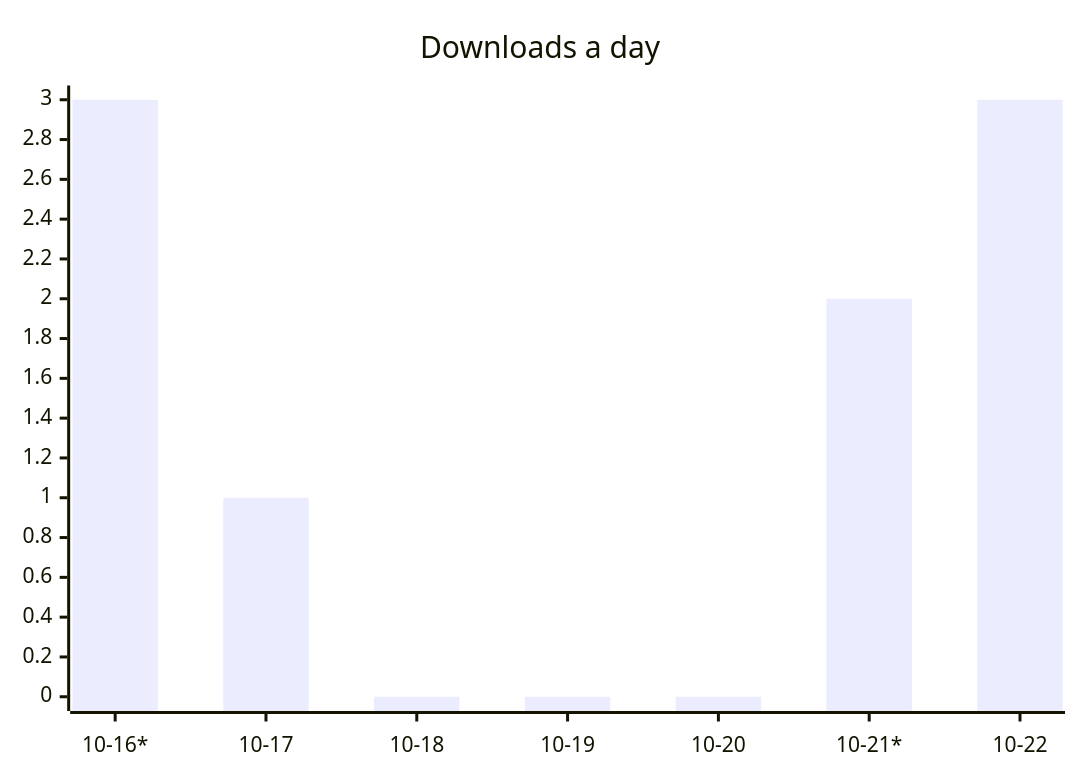
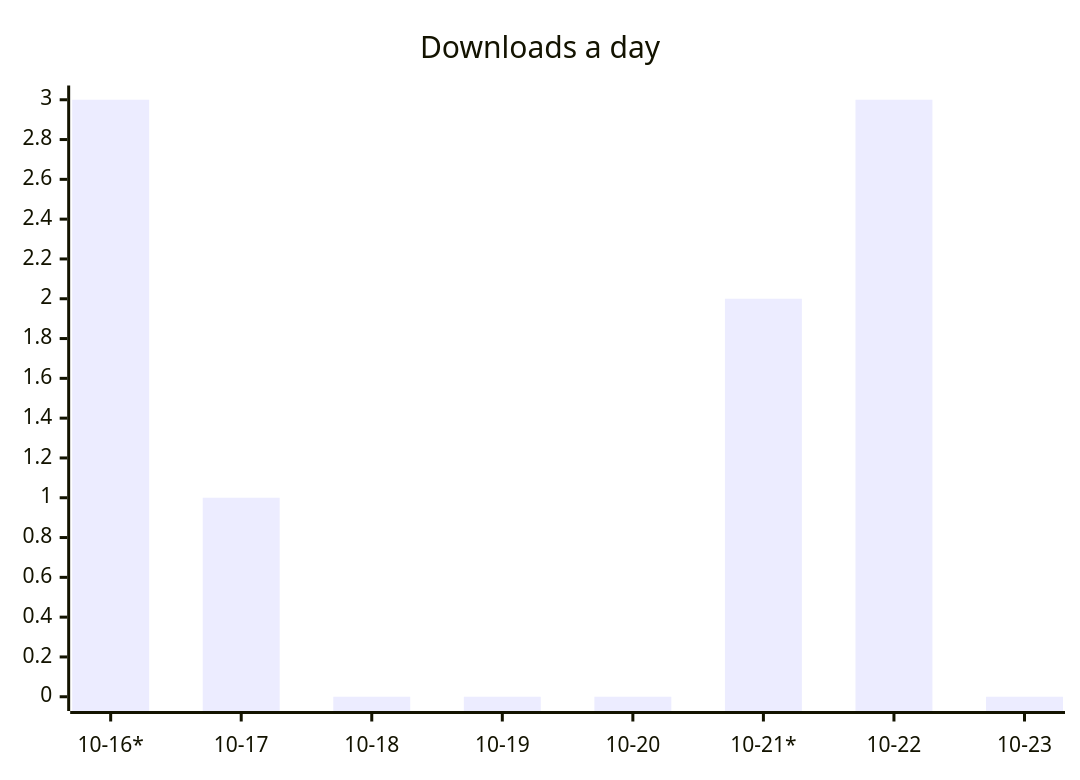
Before and after one commit to ArtemkaGoldMan/ContextSwitcher: the first of 3 diagrams in README.md, drawn with Mermaid. The commit also changed other lines of this file and 6 other files, not shown here.

````diff
--- a/README.md
+++ b/README.md
@@ -30,6 +30,6 @@
 ```mermaid
 xychart-beta
     title "Downloads a day"
-    x-axis ["10-16*", "10-17", "10-18", "10-19", "10-20", "10-21*", "10-22"]
-    bar [3, 1, 0, 0, 0, 2, 3]
+    x-axis ["10-16*", "10-17", "10-18", "10-19", "10-20", "10-21*", "10-22", "10-23"]
+    bar [3, 1, 0, 0, 0, 2, 3, 0]
 ```
````
